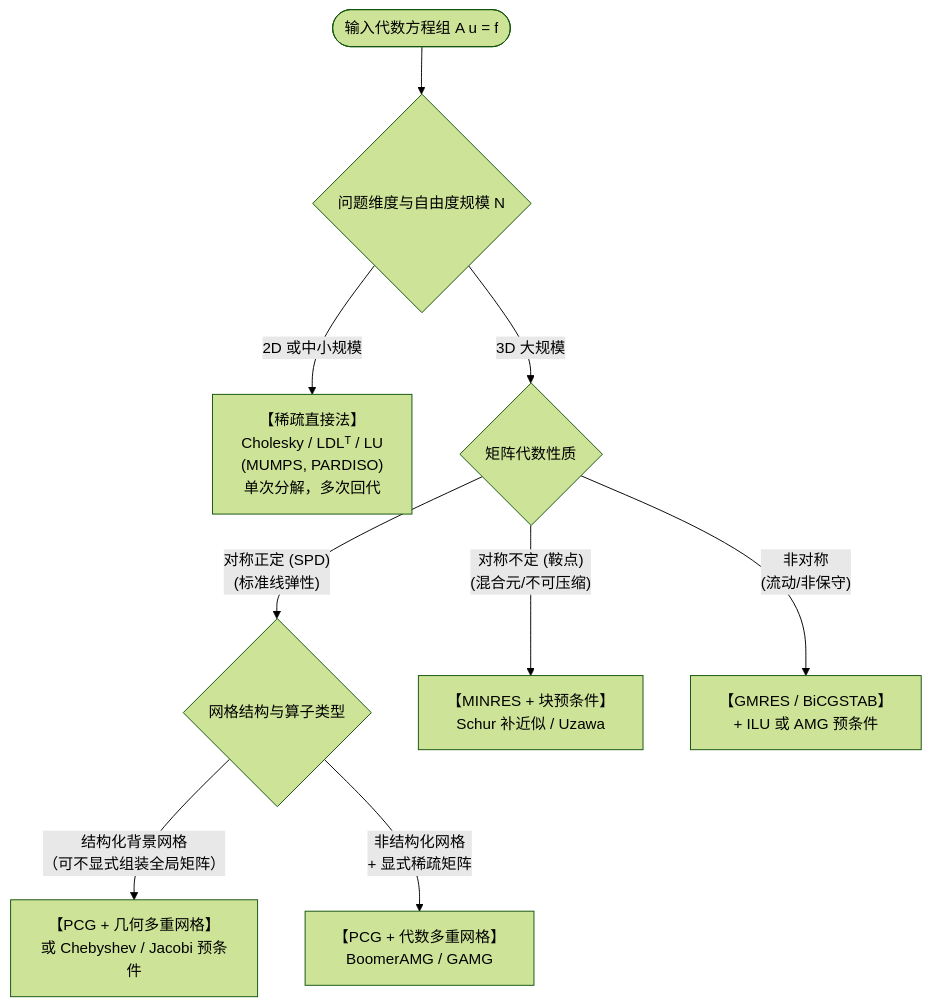
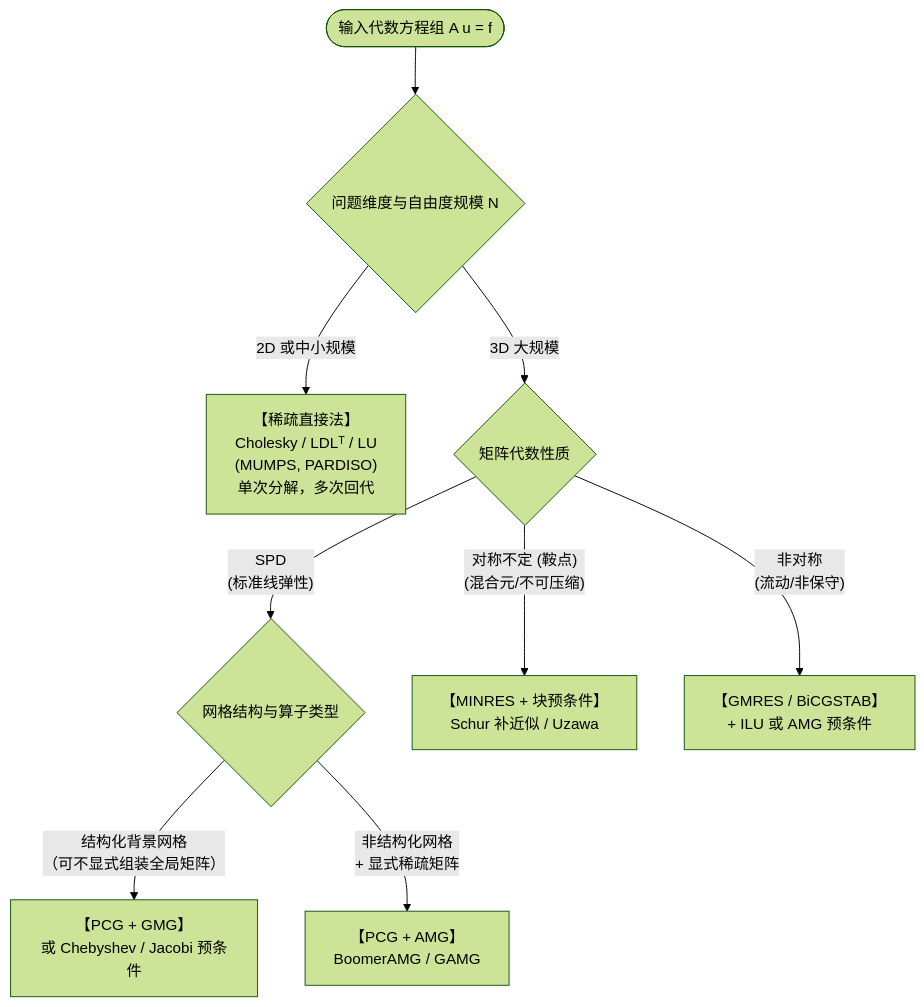
The diagram in concepts/linear-solvers/linear-solvers-architecture.md (brighthe/dut-postdoc), drawn with Mermaid (forest theme) before and after one commit. The commit also changed other lines of this file and 8 other files, not shown here.

````diff
--- a/concepts/linear-solvers/linear-solvers-architecture.md
+++ b/concepts/linear-solvers/linear-solvers-architecture.md
@@ -73,15 +79,15 @@
 ```mermaid
 flowchart TD
     Start(["输入代数方程组 A u = f"]) --> Q_Dim{"问题维度与自由度规模 N"}
 
     Q_Dim -->|"2D 或中小规模"| Direct["【稀疏直接法】<br>Cholesky / LDLᵀ / LU<br>(MUMPS, PARDISO)<br>单次分解，多次回代"]
 
     Q_Dim -->|"3D 大规模"| Q_Sym{"矩阵代数性质"}
 
-    Q_Sym -->|"对称正定 (SPD)<br>(标准线弹性)"| Q_Mesh{"网格结构与算子类型"}
+    Q_Sym -->|"SPD<br>(标准线弹性)"| Q_Mesh{"网格结构与算子类型"}
     Q_Sym -->|"对称不定 (鞍点)<br>(混合元/不可压缩)"| Solv_Indef["【MINRES + 块预条件】<br>Schur 补近似 / Uzawa"]
     Q_Sym -->|"非对称<br>(流动/非保守)"| Solv_Nonsym["【GMRES / BiCGSTAB】<br>+ ILU 或 AMG 预条件"]
 
-    Q_Mesh -->|"结构化背景网格<br>（可不显式组装全局矩阵）"| Solv_MF["【PCG + 几何多重网格】<br>或 Chebyshev / Jacobi 预条件"]
-    Q_Mesh -->|"非结构化网格<br>+ 显式稀疏矩阵"| Solv_AMG["【PCG + 代数多重网格】<br>BoomerAMG / GAMG"]
+    Q_Mesh -->|"结构化背景网格<br>（可不显式组装全局矩阵）"| Solv_MF["【PCG + GMG】<br>或 Chebyshev / Jacobi 预条件"]
+    Q_Mesh -->|"非结构化网格<br>+ 显式稀疏矩阵"| Solv_AMG["【PCG + AMG】<br>BoomerAMG / GAMG"]
 ```
````
